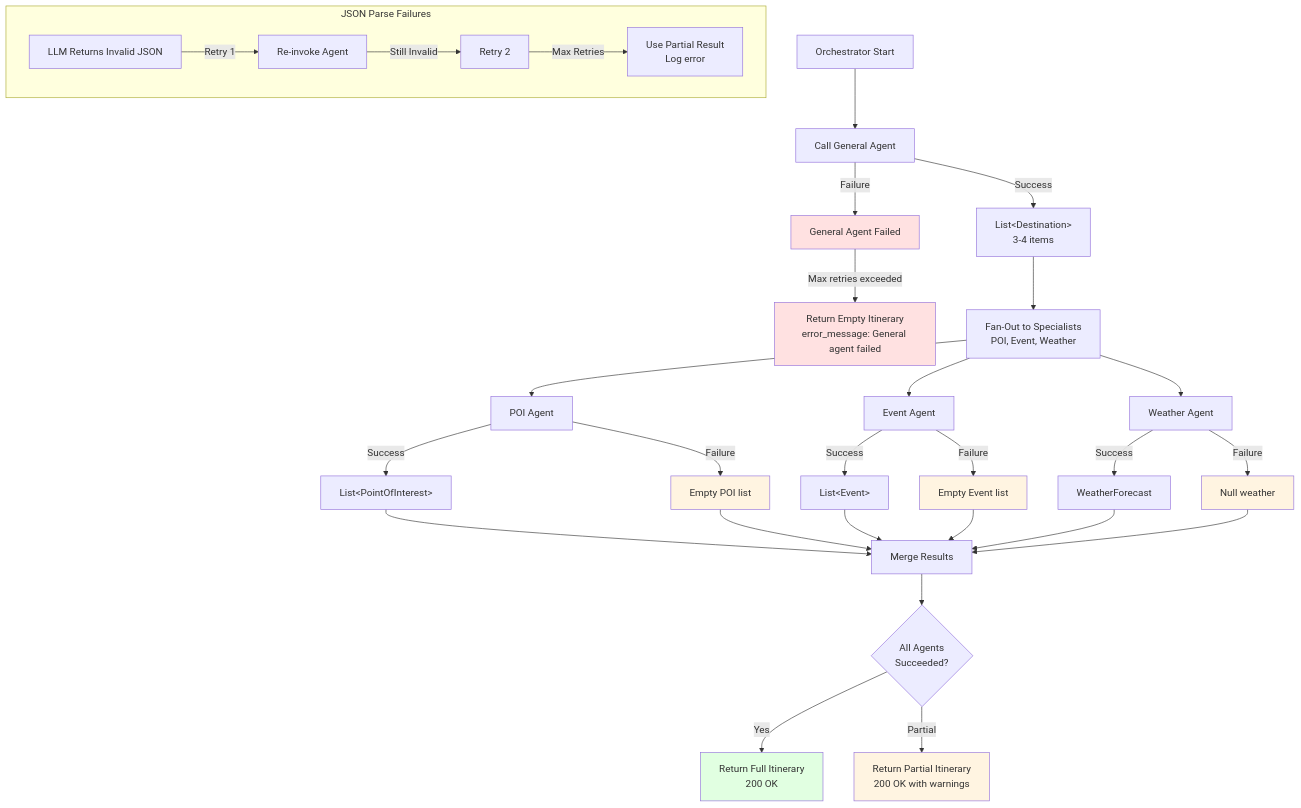
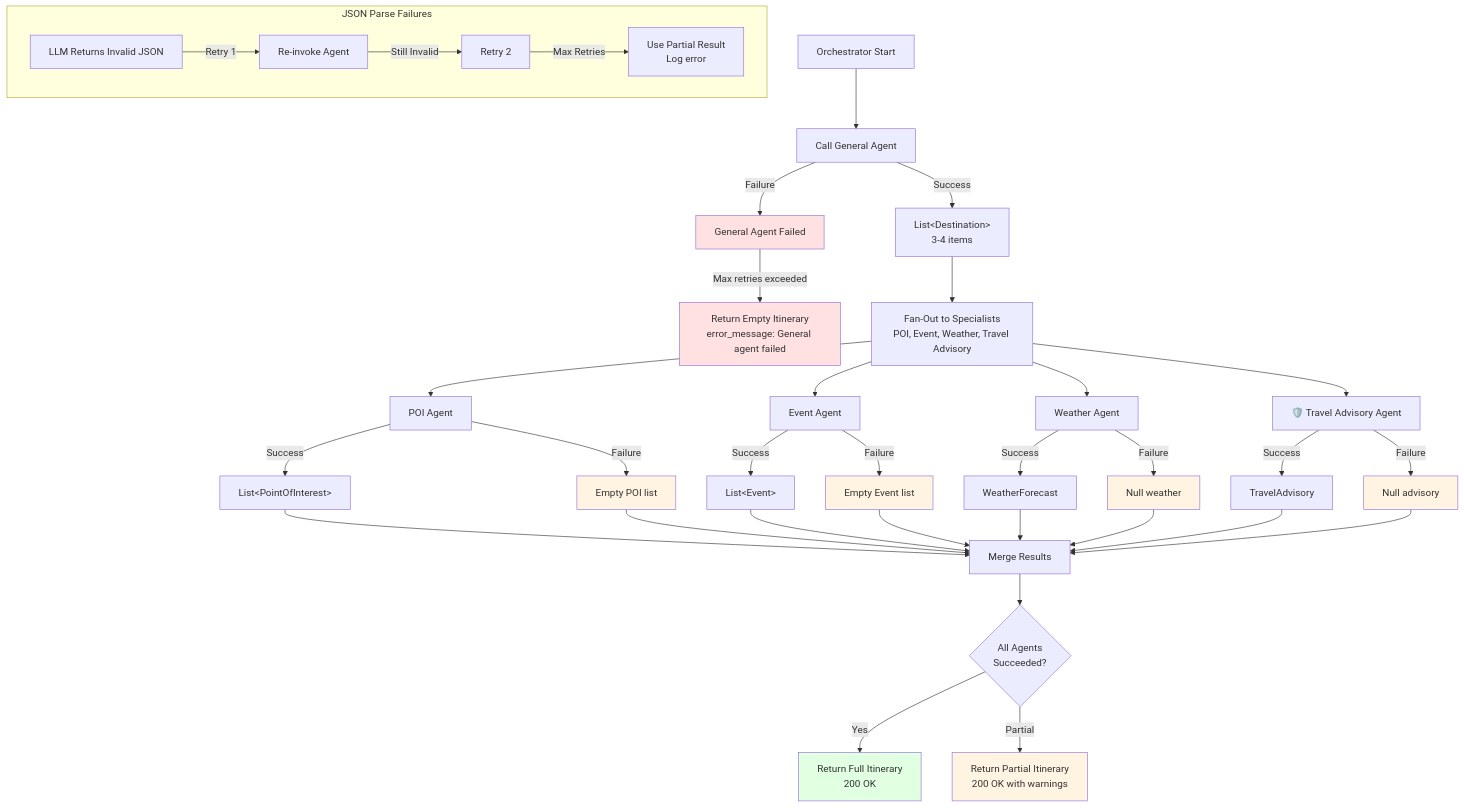
Before and after one commit to dmd0822/boston-code-camp-40: the ninth of 9 diagrams in docs/diagrams.md, drawn with Mermaid. The commit also changed other lines of this file and 21 other files, not shown here.

````diff
--- a/docs/diagrams.md
+++ b/docs/diagrams.md
@@ -602,50 +636,57 @@
 ```mermaid
 graph TD
     Start[Orchestrator Start] --> GenAgent[Call General Agent]
     
     GenAgent -->|Success| Destinations[List&lt;Destination&gt;<br/>3-4 items]
     GenAgent -->|Failure| GenFail[General Agent Failed]
     
     GenFail -->|Max retries exceeded| EmptyResponse[Return Empty Itinerary<br/>error_message: General agent failed]
     
-    Destinations --> FanOut[Fan-Out to Specialists<br/>POI, Event, Weather]
+    Destinations --> FanOut[Fan-Out to Specialists<br/>POI, Event, Weather, Travel Advisory]
     
     FanOut --> POICall[POI Agent]
     FanOut --> EventCall[Event Agent]
     FanOut --> WeatherCall[Weather Agent]
+    FanOut --> AdvisoryCall[🛡️ Travel Advisory Agent]
     
     POICall -->|Success| POISuccess[List&lt;PointOfInterest&gt;]
     POICall -->|Failure| POIFail[Empty POI list]
     
     EventCall -->|Success| EventSuccess[List&lt;Event&gt;]
     EventCall -->|Failure| EventFail[Empty Event list]
     
     WeatherCall -->|Success| WeatherSuccess[WeatherForecast]
     WeatherCall -->|Failure| WeatherFail[Null weather]
     
+    AdvisoryCall -->|Success| AdvisorySuccess[TravelAdvisory]
+    AdvisoryCall -->|Failure| AdvisoryFail[Null advisory]
+    
     POISuccess --> Merge[Merge Results]
     POIFail --> Merge
     EventSuccess --> Merge
     EventFail --> Merge
     WeatherSuccess --> Merge
     WeatherFail --> Merge
+    AdvisorySuccess --> Merge
+    AdvisoryFail --> Merge
     
     Merge --> Check{All Agents<br/>Succeeded?}
     
     Check -->|Yes| FullItinerary[Return Full Itinerary<br/>200 OK]
     Check -->|Partial| PartialItinerary[Return Partial Itinerary<br/>200 OK with warnings]
     
     subgraph "JSON Parse Failures"
         ParseFail[LLM Returns Invalid JSON] -->|Retry 1| Retry1[Re-invoke Agent]
         Retry1 -->|Still Invalid| Retry2[Retry 2]
         Retry2 -->|Max Retries| UsePartial[Use Partial Result<br/>Log error]
     end
     
     style GenFail fill:#ffe1e1
     style POIFail fill:#fff4e1
     style EventFail fill:#fff4e1
     style WeatherFail fill:#fff4e1
+    style AdvisoryFail fill:#fff4e1
     style EmptyResponse fill:#ffe1e1
     style PartialItinerary fill:#fff4e1
     style FullItinerary fill:#e1ffe1
 ```
````
